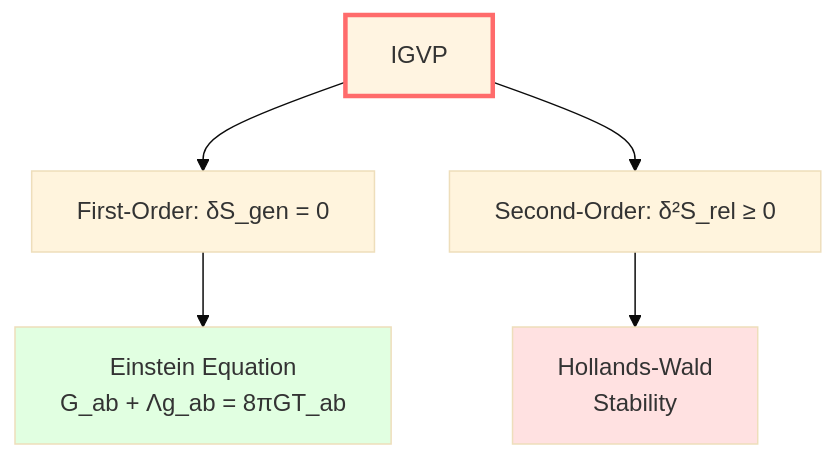
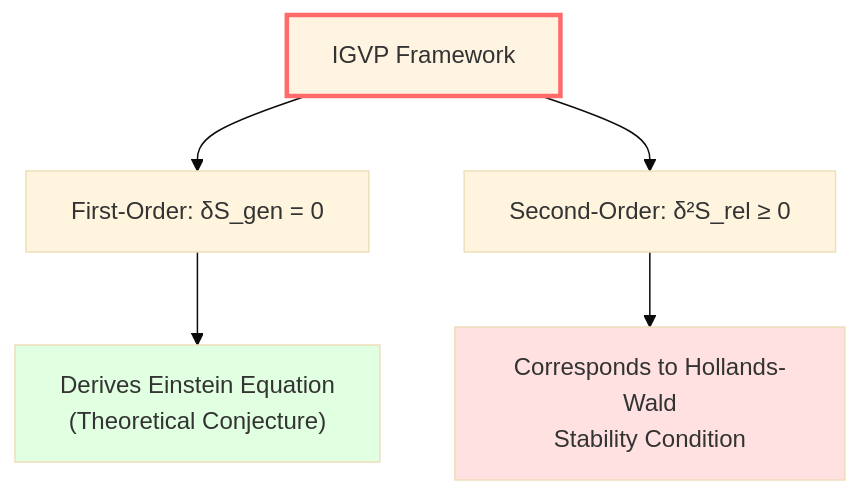
One commit to loning/zeckendorf-hilbert changed the fourth of 4 diagrams in docs/euler-article/gls-union/03-mathematical-tools/05-information-geometry_en.md. Above: the diagram before and after it, drawn with Mermaid (base theme). The commit also changed other lines of this file and 111 other files, not shown here.

````diff
--- a/docs/euler-article/gls-union/03-mathematical-tools/05-information-geometry_en.md
+++ b/docs/euler-article/gls-union/03-mathematical-tools/05-information-geometry_en.md
@@ -224,12 +216,12 @@
 ```mermaid
 graph TB
-    I["IGVP"] --> F["First-Order: δS_gen = 0"]
+    I["IGVP Framework"] --> F["First-Order: δS_gen = 0"]
     I --> S["Second-Order: δ²S_rel ≥ 0"]
 
-    F --> E["Einstein Equation<br/>G_ab + Λg_ab = 8πGT_ab"]
-    S --> H["Hollands-Wald<br/>Stability"]
+    F --> E["Derives Einstein Equation<br/>(Theoretical Conjecture)"]
+    S --> H["Corresponds to Hollands-Wald<br/>Stability Condition"]
 
     style I fill:#fff4e1,stroke:#ff6b6b,stroke-width:3px
     style E fill:#e1ffe1
     style H fill:#ffe1e1
 ```
````
